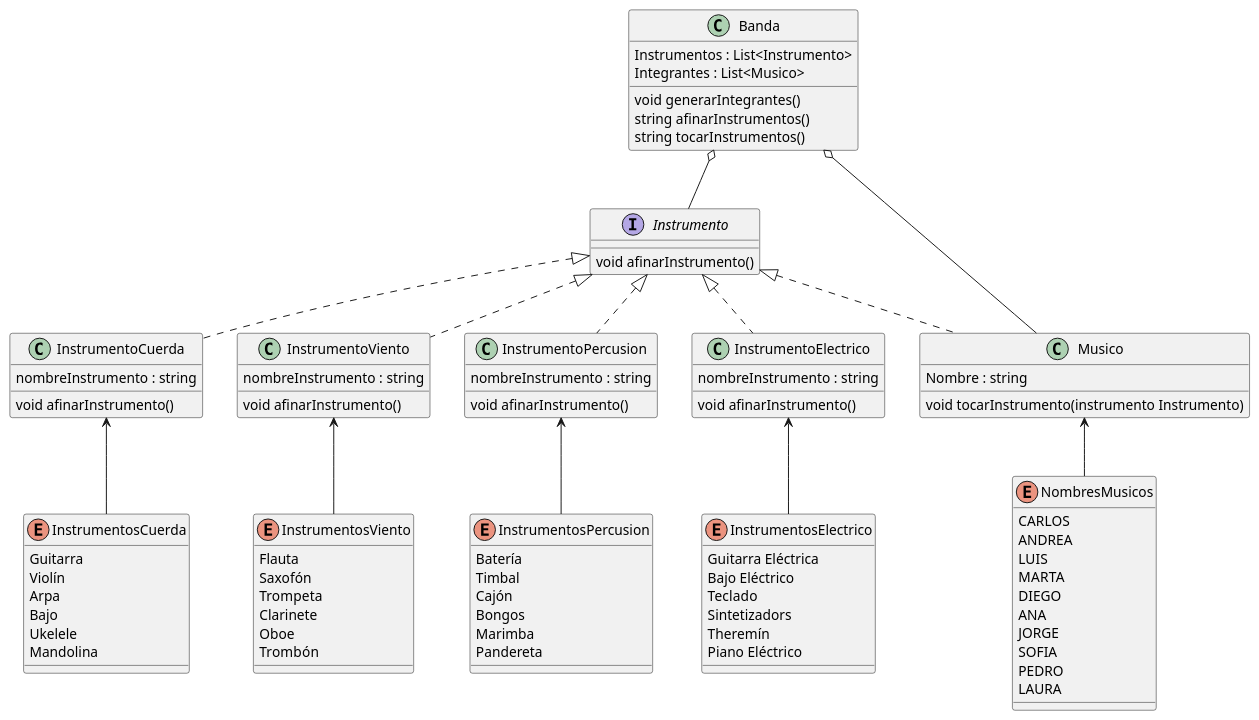
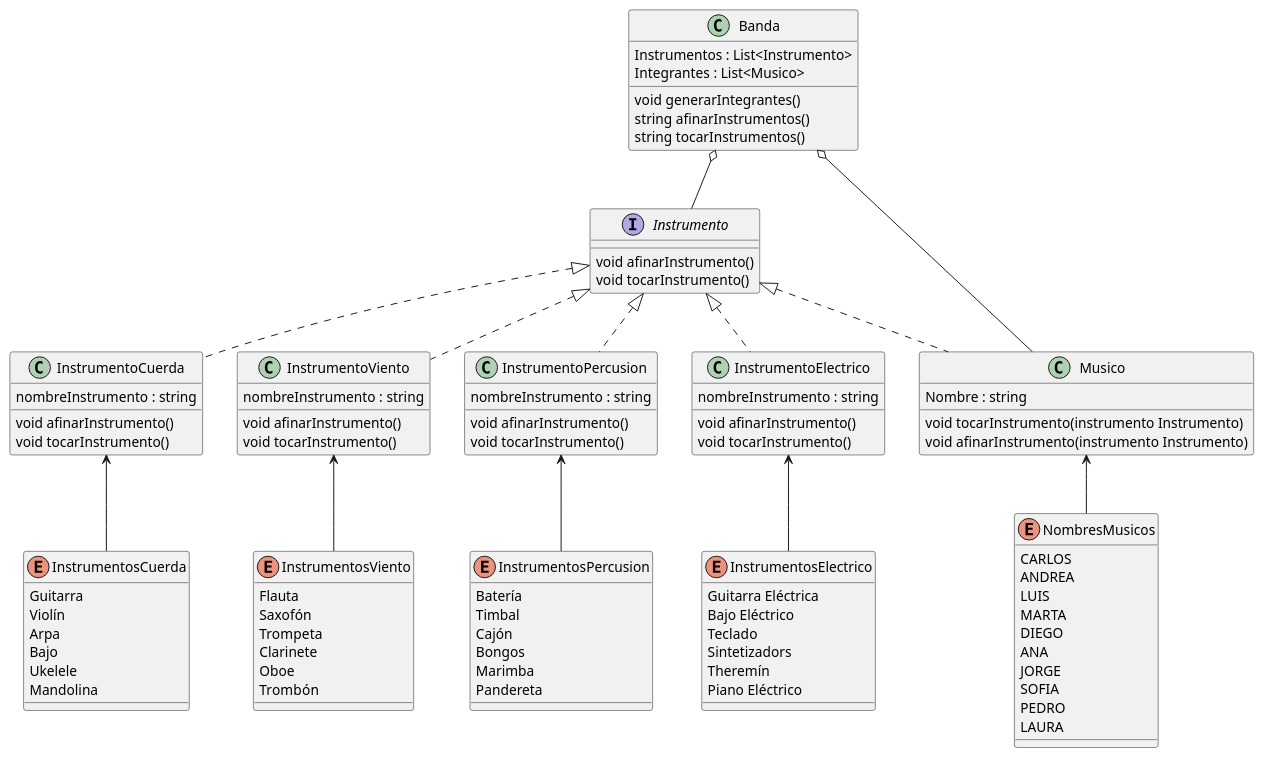
One commit to Arlo-O/RepoModelosII changed the diagram in UMLBanda/Clases.plantuml. Above: the diagram before and after it, drawn with PlantUML. The commit also changed 1 other file, not shown here.

```diff
--- a/UMLBanda/Clases.plantuml
+++ b/UMLBanda/Clases.plantuml
@@ -1,109 +1,115 @@
 @startuml BandaClasesUml
 
 class Banda {
     Instrumentos : List<Instrumento>
     Integrantes : List<Musico>
 
     void generarIntegrantes()
     string afinarInstrumentos()
     string tocarInstrumentos()
 }
 
 interface Instrumento {
   void afinarInstrumento()
+  void tocarInstrumento()
 }
 
 class InstrumentoCuerda {
   nombreInstrumento : string
 
   void afinarInstrumento()
+  void tocarInstrumento()
 }
 
 class InstrumentoViento {
   nombreInstrumento : string
 
   void afinarInstrumento()
+  void tocarInstrumento()
 }
 
 class InstrumentoPercusion {
   nombreInstrumento : string
 
   void afinarInstrumento()
+  void tocarInstrumento()
 }
 
 class InstrumentoElectrico{
   nombreInstrumento : string
 
   void afinarInstrumento()
+  void tocarInstrumento()
 }
 
 enum NombresMusicos {
   CARLOS
   ANDREA
   LUIS
   MARTA
   DIEGO
   ANA
   JORGE
   SOFIA
   PEDRO
   LAURA
 }
 
 class Musico {
   Nombre : string
   void tocarInstrumento(instrumento Instrumento)
+  void afinarInstrumento(instrumento Instrumento)
 }
 
 enum InstrumentosCuerda{
   Guitarra
   Violín
   Arpa
   Bajo
   Ukelele
   Mandolina
 }
 
 enum InstrumentosViento{
   Flauta
   Saxofón
   Trompeta
   Clarinete
   Oboe
   Trombón
 }
 
 enum InstrumentosPercusion{
   Batería
   Timbal
   Cajón
   Bongos
   Marimba
   Pandereta
 }
 
 enum InstrumentosElectrico{
   Guitarra Eléctrica
   Bajo Eléctrico
   Teclado
   Sintetizadors
   Theremín
   Piano Eléctrico
 }
 
 
 
 Banda o-- Musico
 Banda o-- Instrumento
 Musico <-- NombresMusicos
 Instrumento <|.. Musico
 Instrumento <|.. InstrumentoCuerda
 Instrumento <|.. InstrumentoViento
 Instrumento <|.. InstrumentoPercusion
 Instrumento <|.. InstrumentoElectrico
 InstrumentoElectrico <-- InstrumentosElectrico
 InstrumentoCuerda <-- InstrumentosCuerda
 InstrumentoViento <-- InstrumentosViento
 InstrumentoPercusion <-- InstrumentosPercusion
 
 @enduml
```
